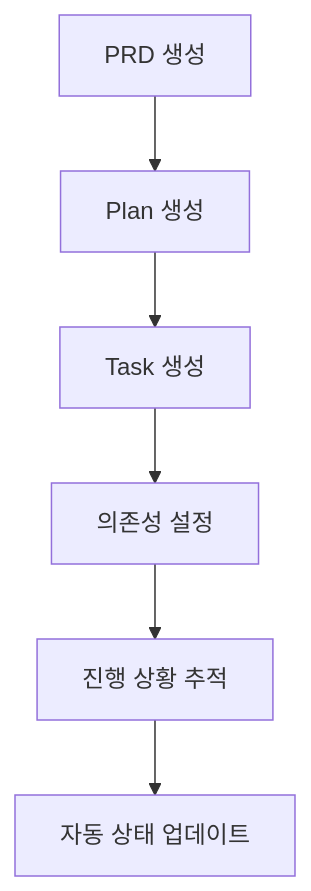
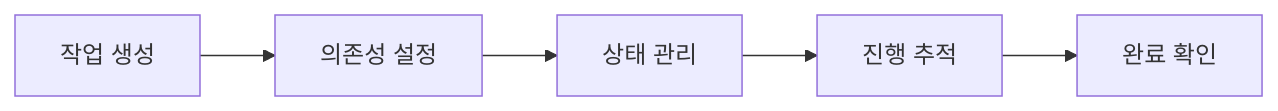
The third of 4 diagrams in README.md (foswmine/workflow-mcp), drawn with Mermaid before and after one commit. The commit also changed other lines of this file and 87 other files, not shown here.

````diff
--- a/README.md
+++ b/README.md
@@ -104,8 +201,7 @@
 ```mermaid
-graph TD
-    A[PRD 생성] --> B[Plan 생성]
-    B --> C[Task 생성] 
-    C --> D[의존성 설정]
-    D --> E[진행 상황 추적]
-    E --> F[자동 상태 업데이트]
+graph LR
+    A[작업 생성] --> B[의존성 설정]
+    B --> C[상태 관리]
+    C --> D[진행 추적]
+    D --> E[완료 확인]
 ```
````
